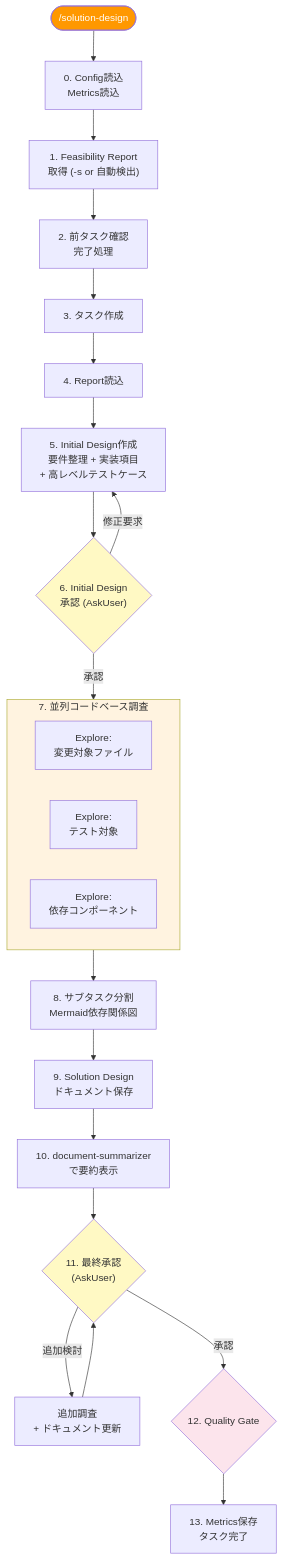
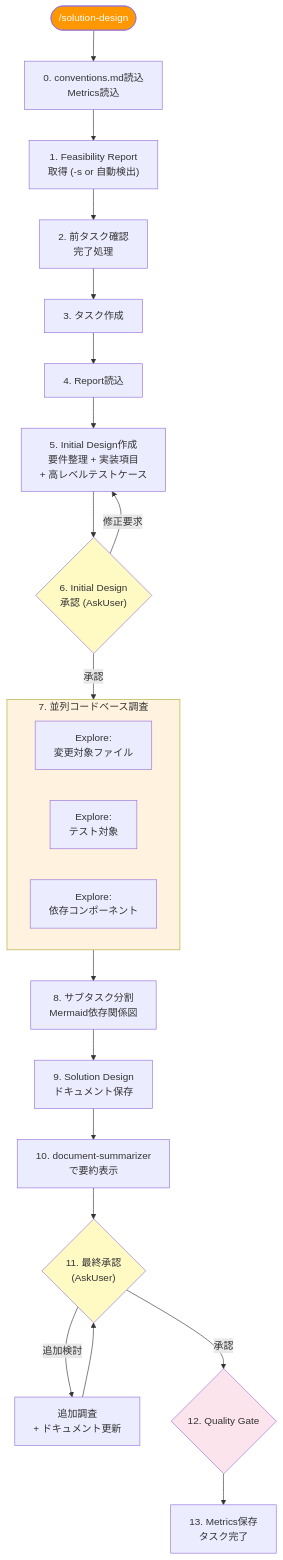
Before and after one commit to arudita-zzz/app-dev-prompt-suite: the third of 5 diagrams in plugins/app-dev-suite/doc/workflow-diagrams.md, drawn with Mermaid. The commit also changed other lines of this file and 23 other files, not shown here.

````diff
--- a/plugins/app-dev-suite/doc/workflow-diagrams.md
+++ b/plugins/app-dev-suite/doc/workflow-diagrams.md
@@ -81,37 +81,37 @@
 ```mermaid
 flowchart TD
-    Start(["/solution-design"]) --> Init["0. Config読込\nMetrics読込"]
+    Start(["/solution-design"]) --> Init["0. conventions.md読込\nMetrics読込"]
     Init --> Source["1. Feasibility Report\n取得 (-s or 自動検出)"]
     Source --> PrevTask["2. 前タスク確認\n完了処理"]
     PrevTask --> NewTask["3. タスク作成"]
     NewTask --> ReadReport["4. Report読込"]
 
     ReadReport --> InitDesign["5. Initial Design作成\n要件整理 + 実装項目\n+ 高レベルテストケース"]
     InitDesign --> Approve1{"6. Initial Design\n承認 (AskUser)"}
     Approve1 -- "修正要求" --> InitDesign
 
     Approve1 -- "承認" --> DeepInvestigate
 
     subgraph DeepInvestigate["7. 並列コードベース調査"]
         direction LR
         D1["Explore:\n変更対象ファイル"]
         D2["Explore:\nテスト対象"]
         D3["Explore:\n依存コンポーネント"]
     end
 
     DeepInvestigate --> Subtask["8. サブタスク分割\nMermaid依存関係図"]
     Subtask --> Doc["9. Solution Design\nドキュメント保存"]
     Doc --> Summary["10. document-summarizer\nで要約表示"]
 
     Summary --> Approve2{"11. 最終承認\n(AskUser)"}
     Approve2 -- "追加検討" --> AddStudy["追加調査\n+ ドキュメント更新"]
     AddStudy --> Approve2
     Approve2 -- "承認" --> QG{"12. Quality Gate"}
     QG --> Complete["13. Metrics保存\nタスク完了"]
 
     style Start fill:#FF9800,color:#fff
     style DeepInvestigate fill:#fff3e0
     style Approve1 fill:#fff9c4
     style Approve2 fill:#fff9c4
     style QG fill:#fce4ec
 ```
````
